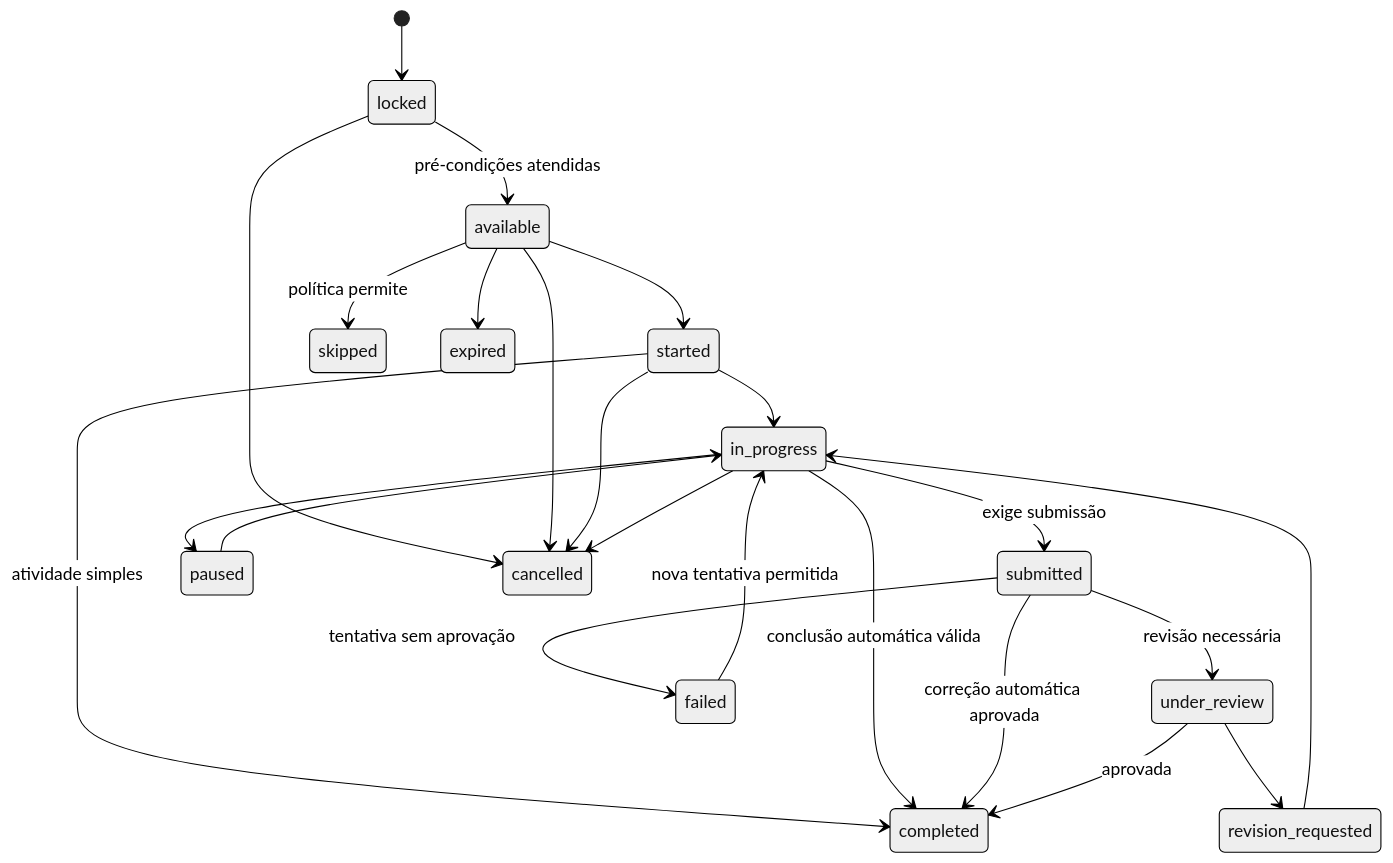
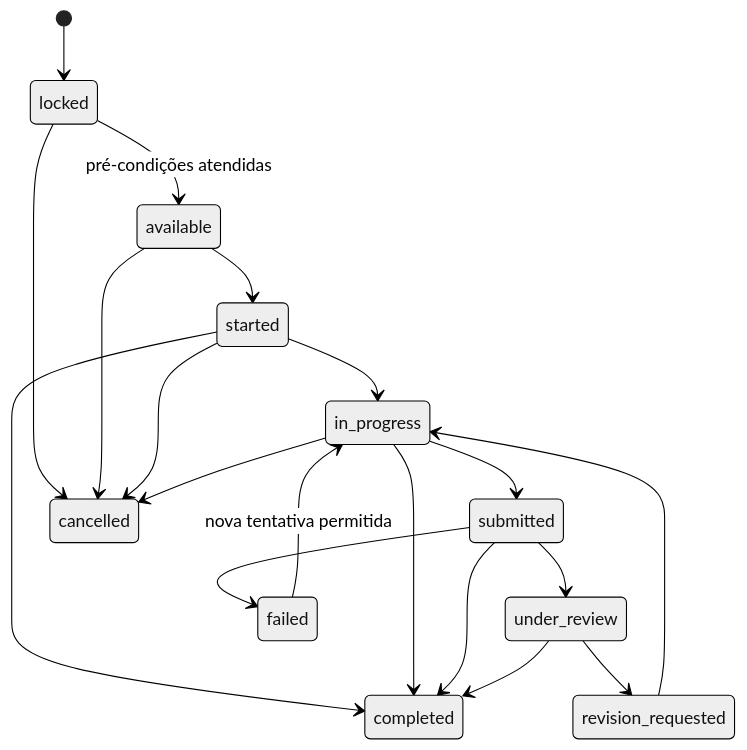
One commit to pablo-marchina/LMS-estimulo changed the fifth of 10 diagrams in docs/domain/LIFECYCLES_AND_STATE_MACHINES.md. Above: the diagram before and after it, drawn with Mermaid (neutral theme). The commit also changed other lines of this file and 23 other files, not shown here.

````diff
--- a/docs/domain/LIFECYCLES_AND_STATE_MACHINES.md
+++ b/docs/domain/LIFECYCLES_AND_STATE_MACHINES.md
@@ -120,25 +76,21 @@
 ```mermaid
 stateDiagram-v2
     [*] --> locked
     locked --> available: pré-condições atendidas
     available --> started
-    available --> skipped: política permite
-    available --> expired
     started --> in_progress
-    started --> completed: atividade simples
-    in_progress --> submitted: exige submissão
-    in_progress --> completed: conclusão automática válida
-    in_progress --> paused
-    paused --> in_progress
-    submitted --> under_review: revisão necessária
-    submitted --> completed: correção automática aprovada
-    submitted --> failed: tentativa sem aprovação
-    under_review --> completed: aprovada
+    started --> completed
+    in_progress --> submitted
+    in_progress --> completed
+    submitted --> under_review
+    submitted --> completed
+    submitted --> failed
+    under_review --> completed
     under_review --> revision_requested
     revision_requested --> in_progress
     failed --> in_progress: nova tentativa permitida
     locked --> cancelled
     available --> cancelled
     started --> cancelled
     in_progress --> cancelled
 ```
````
